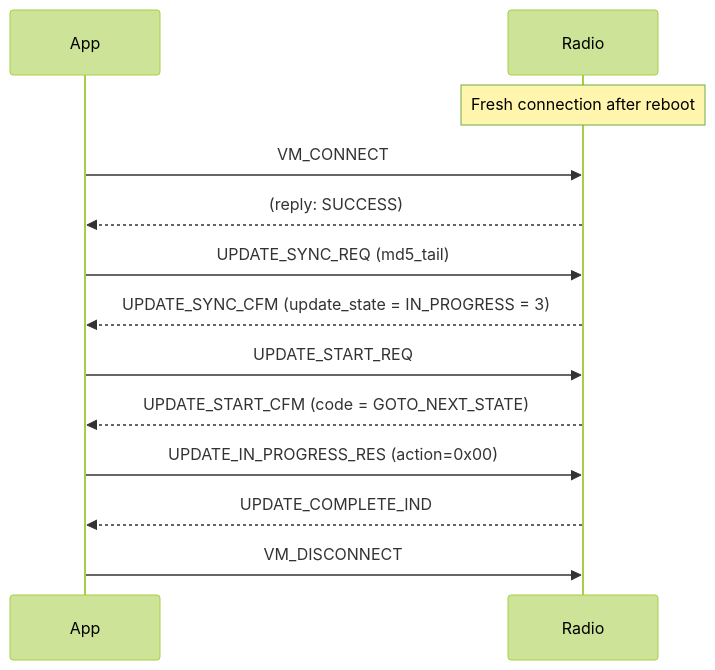
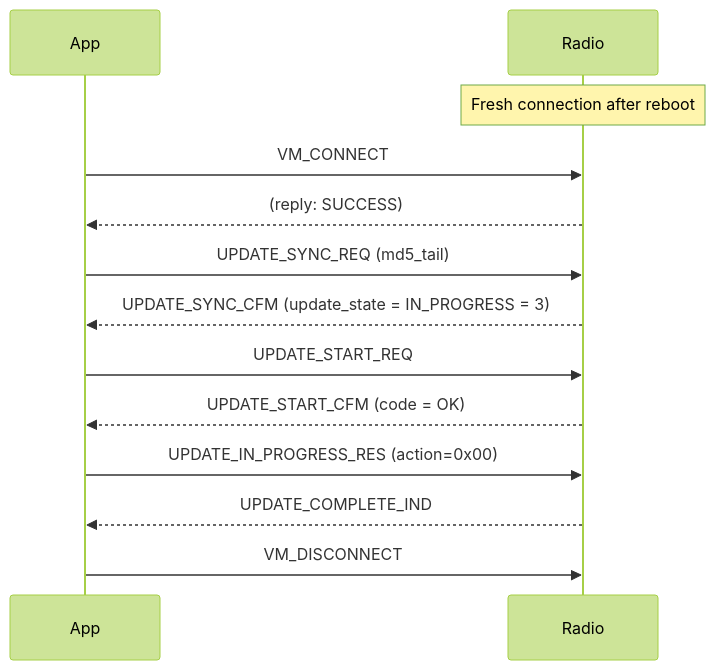
The third of 3 diagrams in docs/blogs/benshi-firmware-update.md (Ylianst/HTCommander), drawn with Mermaid (forest theme) before and after one commit. The commit also changed other lines of this file and 4 other files, not shown here.

````diff
--- a/docs/blogs/benshi-firmware-update.md
+++ b/docs/blogs/benshi-firmware-update.md
@@ -247,15 +247,15 @@
 ```mermaid
 sequenceDiagram
     participant App
     participant Radio
     Note over Radio: Fresh connection after reboot
     App->>Radio: VM_CONNECT
     Radio-->>App: (reply: SUCCESS)
     App->>Radio: UPDATE_SYNC_REQ (md5_tail)
     Radio-->>App: UPDATE_SYNC_CFM (update_state = IN_PROGRESS = 3)
     App->>Radio: UPDATE_START_REQ
-    Radio-->>App: UPDATE_START_CFM (code = GOTO_NEXT_STATE)
+    Radio-->>App: UPDATE_START_CFM (code = OK)
     App->>Radio: UPDATE_IN_PROGRESS_RES (action=0x00)
     Radio-->>App: UPDATE_COMPLETE_IND
     App->>Radio: VM_DISCONNECT
 ```
````
